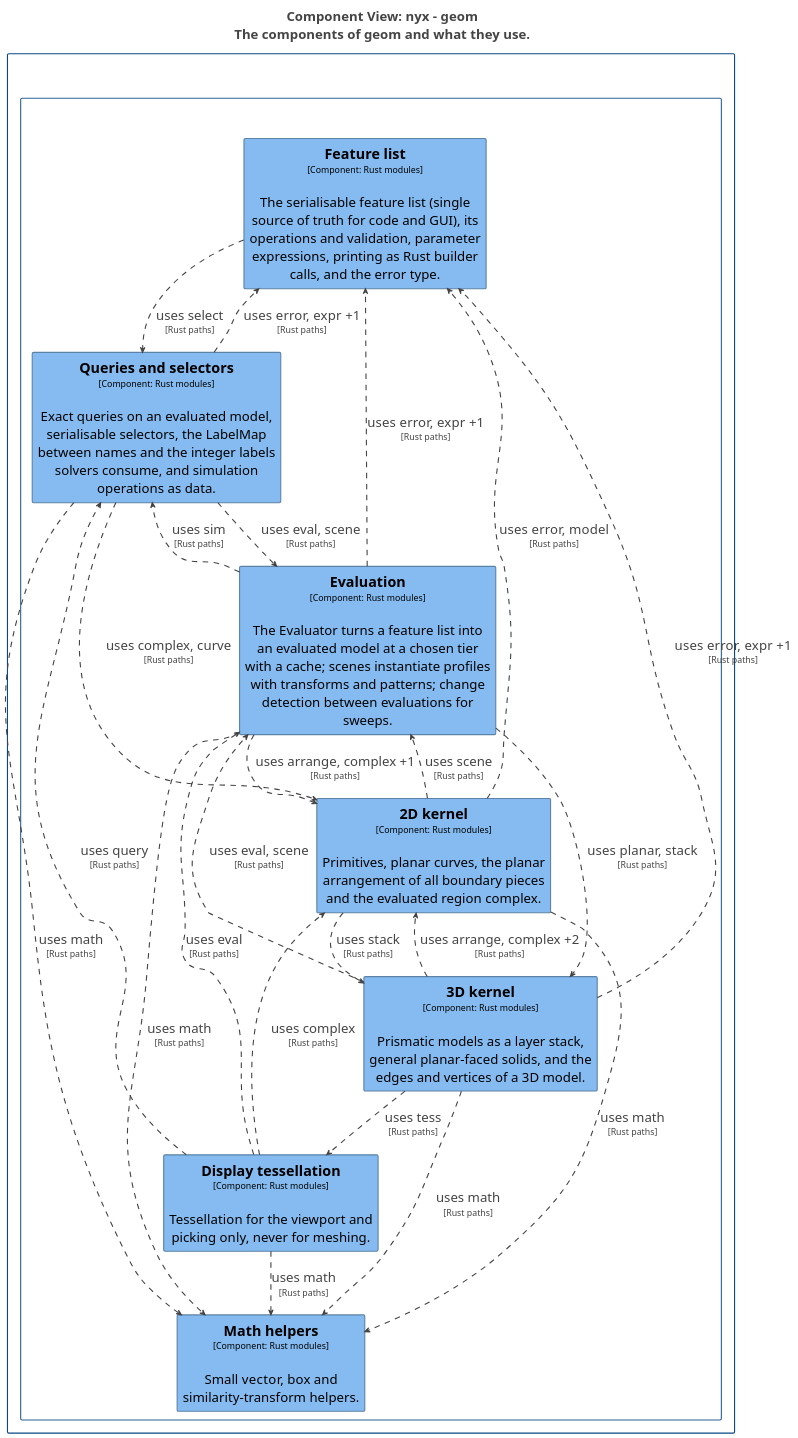
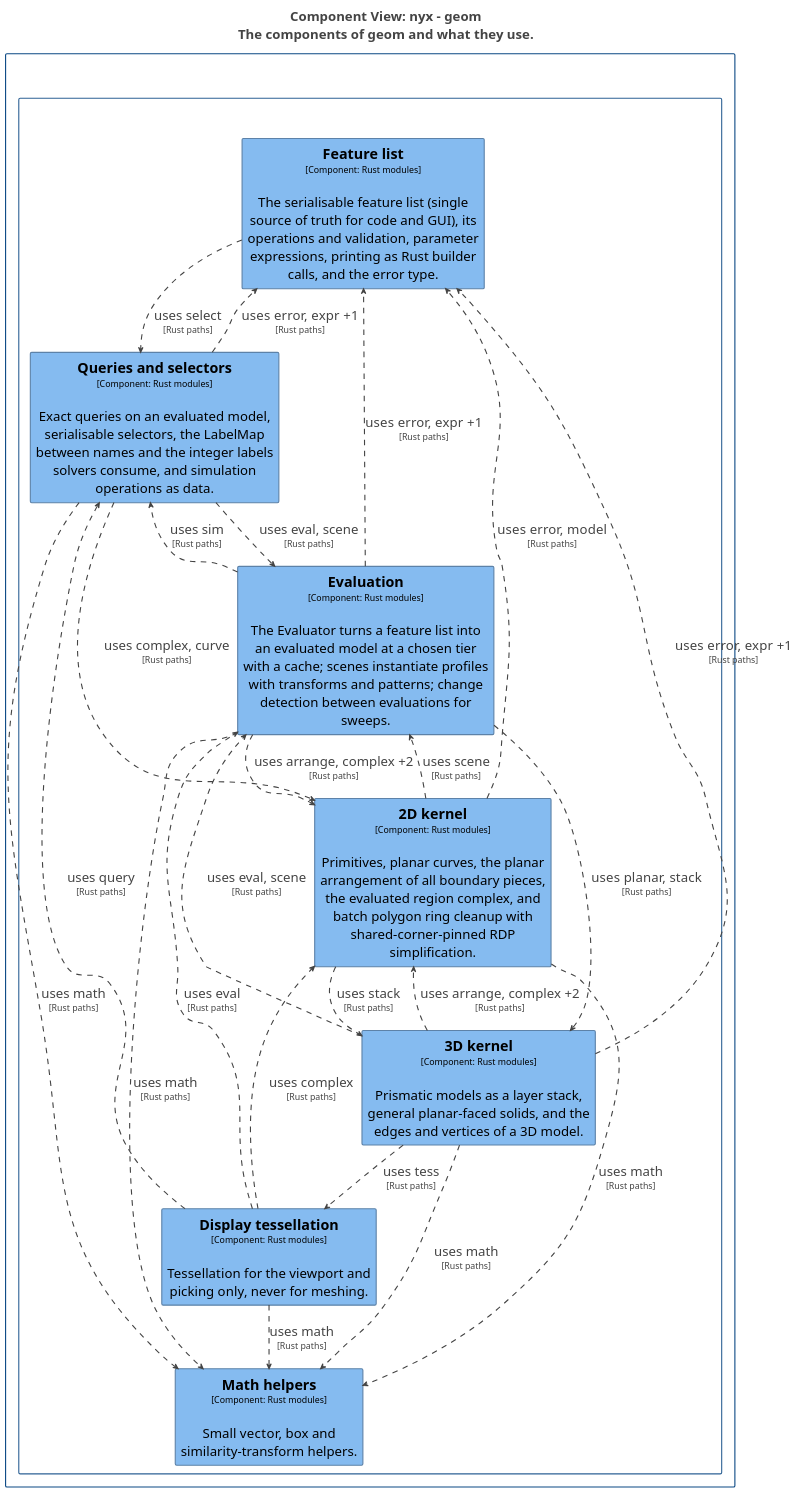
One commit to p-j-r/nyx changed the diagram in docs/architecture/c4/export/plantuml/structurizr-Components_geom.puml. Above: the diagram before and after it, drawn with PlantUML. The commit also changed 208 other files, not shown here.

```diff
--- a/docs/architecture/c4/export/plantuml/structurizr-Components_geom.puml
+++ b/docs/architecture/c4/export/plantuml/structurizr-Components_geom.puml
@@ -1,96 +1,96 @@
 @startuml
 title <size:24>Component View: nyx - geom</size>\n<size:24>The components of geom and what they use.</size>
 
 set separator none
 top to bottom direction
 skinparam ranksep 60
 skinparam nodesep 30
 hide stereotype
 
 <style>
   root {
     BackgroundColor: #ffffff;
     FontColor: #444444;
   }
   // Element,Component
   .Element-RWxlbWVudCxDb21wb25lbnQ= {
     BackgroundColor: #85bbf0;
     LineColor: #5d82a8;
     LineStyle: 0;
     LineThickness: 2;
     FontColor: #000000;
     FontSize: 24;
     HorizontalAlignment: center;
     Shadowing: 0;
     MaximumWidth: 450;
   }
   // Relationship
   .Relationship-UmVsYXRpb25zaGlw {
     LineThickness: 2;
     LineStyle: 10-10;
     LineColor: #444444;
     FontColor: #444444;
     FontSize: 24;
   }
   // geom
   .Boundary-Z2VvbQ== {
     BackgroundColor: #ffffff;
     LineColor: #2e6295;
     LineStyle: 0;
     LineThickness: 2;
     FontColor: #ffffff;
     FontSize: 24;
     HorizontalAlignment: center;
     Shadowing: 0;
   }
   // nyx
   .Boundary-bnl4 {
     BackgroundColor: #ffffff;
     LineColor: #0b4884;
     LineStyle: 0;
     LineThickness: 2;
     FontColor: #ffffff;
     FontSize: 24;
     HorizontalAlignment: center;
     Shadowing: 0;
   }
 </style>
 
 rectangle "nyx\n<size:16>[Software System]</size>" <<Boundary-bnl4>> {
   rectangle "geom\n<size:16>[Container: Rust library]</size>" <<Boundary-Z2VvbQ==>> {
     rectangle "==Feature list\n<size:16>[Component: Rust modules]</size>\n\nThe serialisable feature list (single source of truth for code and GUI), its operations and validation, parameter expressions, printing as Rust builder calls, and the error type." <<Element-RWxlbWVudCxDb21wb25lbnQ=>> as nyx.geom.Featurelist
     rectangle "==Evaluation\n<size:16>[Component: Rust modules]</size>\n\nThe Evaluator turns a feature list into an evaluated model at a chosen tier with a cache; scenes instantiate profiles with transforms and patterns; change detection between evaluations for sweeps." <<Element-RWxlbWVudCxDb21wb25lbnQ=>> as nyx.geom.Evaluation
-    rectangle "==2D kernel\n<size:16>[Component: Rust modules]</size>\n\nPrimitives, planar curves, the planar arrangement of all boundary pieces and the evaluated region complex." <<Element-RWxlbWVudCxDb21wb25lbnQ=>> as nyx.geom.2Dkernel
+    rectangle "==2D kernel\n<size:16>[Component: Rust modules]</size>\n\nPrimitives, planar curves, the planar arrangement of all boundary pieces, the evaluated region complex, and batch polygon ring cleanup with shared-corner-pinned RDP simplification." <<Element-RWxlbWVudCxDb21wb25lbnQ=>> as nyx.geom.2Dkernel
     rectangle "==3D kernel\n<size:16>[Component: Rust modules]</size>\n\nPrismatic models as a layer stack, general planar-faced solids, and the edges and vertices of a 3D model." <<Element-RWxlbWVudCxDb21wb25lbnQ=>> as nyx.geom.3Dkernel
     rectangle "==Queries and selectors\n<size:16>[Component: Rust modules]</size>\n\nExact queries on an evaluated model, serialisable selectors, the LabelMap between names and the integer labels solvers consume, and simulation operations as data." <<Element-RWxlbWVudCxDb21wb25lbnQ=>> as nyx.geom.Queriesandselectors
     rectangle "==Display tessellation\n<size:16>[Component: Rust modules]</size>\n\nTessellation for the viewport and picking only, never for meshing." <<Element-RWxlbWVudCxDb21wb25lbnQ=>> as nyx.geom.Displaytessellation
     rectangle "==Math helpers\n<size:16>[Component: Rust modules]</size>\n\nSmall vector, box and similarity-transform helpers." <<Element-RWxlbWVudCxDb21wb25lbnQ=>> as nyx.geom.Mathhelpers
   }
 
 }
 
 nyx.geom.Evaluation --> nyx.geom.Featurelist <<Relationship-UmVsYXRpb25zaGlw>> : "uses error, expr +1\n<size:16>[Rust paths]</size>"
-nyx.geom.Evaluation --> nyx.geom.2Dkernel <<Relationship-UmVsYXRpb25zaGlw>> : "uses arrange, complex +1\n<size:16>[Rust paths]</size>"
+nyx.geom.Evaluation --> nyx.geom.2Dkernel <<Relationship-UmVsYXRpb25zaGlw>> : "uses arrange, complex +2\n<size:16>[Rust paths]</size>"
 nyx.geom.Evaluation --> nyx.geom.3Dkernel <<Relationship-UmVsYXRpb25zaGlw>> : "uses planar, stack\n<size:16>[Rust paths]</size>"
 nyx.geom.Evaluation --> nyx.geom.Mathhelpers <<Relationship-UmVsYXRpb25zaGlw>> : "uses math\n<size:16>[Rust paths]</size>"
 nyx.geom.Evaluation --> nyx.geom.Queriesandselectors <<Relationship-UmVsYXRpb25zaGlw>> : "uses sim\n<size:16>[Rust paths]</size>"
 nyx.geom.Featurelist --> nyx.geom.Queriesandselectors <<Relationship-UmVsYXRpb25zaGlw>> : "uses select\n<size:16>[Rust paths]</size>"
 nyx.geom.2Dkernel --> nyx.geom.Evaluation <<Relationship-UmVsYXRpb25zaGlw>> : "uses scene\n<size:16>[Rust paths]</size>"
 nyx.geom.2Dkernel --> nyx.geom.Featurelist <<Relationship-UmVsYXRpb25zaGlw>> : "uses error, model\n<size:16>[Rust paths]</size>"
 nyx.geom.2Dkernel --> nyx.geom.3Dkernel <<Relationship-UmVsYXRpb25zaGlw>> : "uses stack\n<size:16>[Rust paths]</size>"
 nyx.geom.2Dkernel --> nyx.geom.Mathhelpers <<Relationship-UmVsYXRpb25zaGlw>> : "uses math\n<size:16>[Rust paths]</size>"
 nyx.geom.3Dkernel --> nyx.geom.Evaluation <<Relationship-UmVsYXRpb25zaGlw>> : "uses eval, scene\n<size:16>[Rust paths]</size>"
 nyx.geom.3Dkernel --> nyx.geom.Featurelist <<Relationship-UmVsYXRpb25zaGlw>> : "uses error, expr +1\n<size:16>[Rust paths]</size>"
 nyx.geom.3Dkernel --> nyx.geom.2Dkernel <<Relationship-UmVsYXRpb25zaGlw>> : "uses arrange, complex +2\n<size:16>[Rust paths]</size>"
 nyx.geom.3Dkernel --> nyx.geom.Mathhelpers <<Relationship-UmVsYXRpb25zaGlw>> : "uses math\n<size:16>[Rust paths]</size>"
 nyx.geom.3Dkernel --> nyx.geom.Displaytessellation <<Relationship-UmVsYXRpb25zaGlw>> : "uses tess\n<size:16>[Rust paths]</size>"
 nyx.geom.Queriesandselectors --> nyx.geom.Evaluation <<Relationship-UmVsYXRpb25zaGlw>> : "uses eval, scene\n<size:16>[Rust paths]</size>"
 nyx.geom.Queriesandselectors --> nyx.geom.Featurelist <<Relationship-UmVsYXRpb25zaGlw>> : "uses error, expr +1\n<size:16>[Rust paths]</size>"
 nyx.geom.Queriesandselectors --> nyx.geom.2Dkernel <<Relationship-UmVsYXRpb25zaGlw>> : "uses complex, curve\n<size:16>[Rust paths]</size>"
 nyx.geom.Queriesandselectors --> nyx.geom.Mathhelpers <<Relationship-UmVsYXRpb25zaGlw>> : "uses math\n<size:16>[Rust paths]</size>"
 nyx.geom.Displaytessellation --> nyx.geom.Evaluation <<Relationship-UmVsYXRpb25zaGlw>> : "uses eval\n<size:16>[Rust paths]</size>"
 nyx.geom.Displaytessellation --> nyx.geom.2Dkernel <<Relationship-UmVsYXRpb25zaGlw>> : "uses complex\n<size:16>[Rust paths]</size>"
 nyx.geom.Displaytessellation --> nyx.geom.Mathhelpers <<Relationship-UmVsYXRpb25zaGlw>> : "uses math\n<size:16>[Rust paths]</size>"
 nyx.geom.Displaytessellation --> nyx.geom.Queriesandselectors <<Relationship-UmVsYXRpb25zaGlw>> : "uses query\n<size:16>[Rust paths]</size>"
 
 @enduml
```
